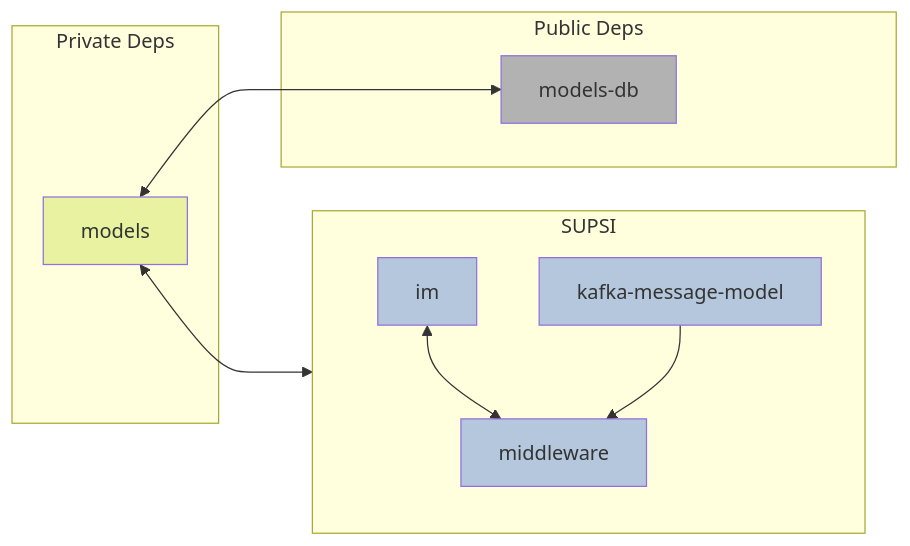
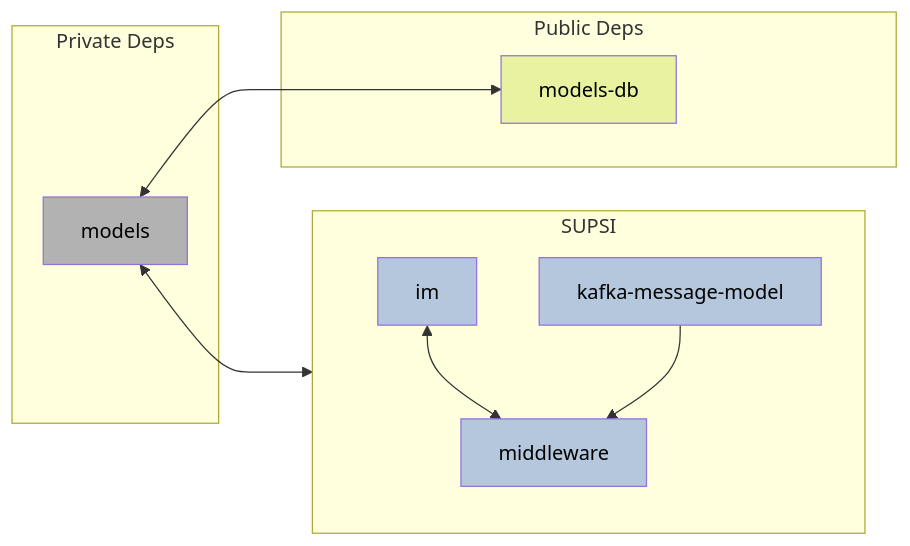
One commit to isteps-sps-lab/bf-im changed the diagram in docs/architecture.md. Above: the diagram before and after it, drawn with Mermaid. The commit also changed other lines of this file and 4 other files, not shown here.

````diff
--- a/docs/architecture.md
+++ b/docs/architecture.md
@@ -6,21 +6,21 @@
 ``` mermaid
 flowchart LR
-    classDef supsi fill:#B4C7DC;
-    classDef pub fill:#B2B2B2
-    classDef pvt fill:#E8F2A1
+    classDef supsi fill:#B4C7DC,color:#000;
+    classDef pvt fill:#B2B2B2,color:#000;
+    classDef pub fill:#E8F2A1,color:#000;
 
     subgraph SUPSI
     direction TB
     im:::supsi <--> middleware:::supsi
     kafka-message-model:::supsi --> middleware:::supsi
     end
 
     subgraph Private Deps
     models:::pvt <--> im:::supsi
     end
 
     subgraph Public Deps
     models:::pvt <--> models-db:::pub
     end
 
 ```
````
